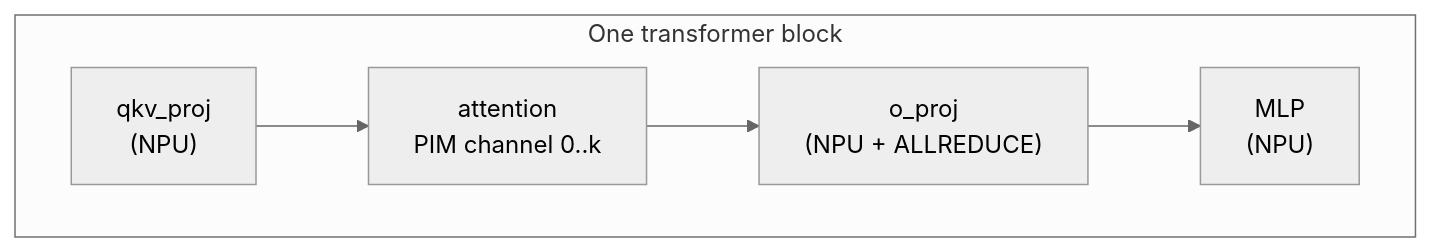
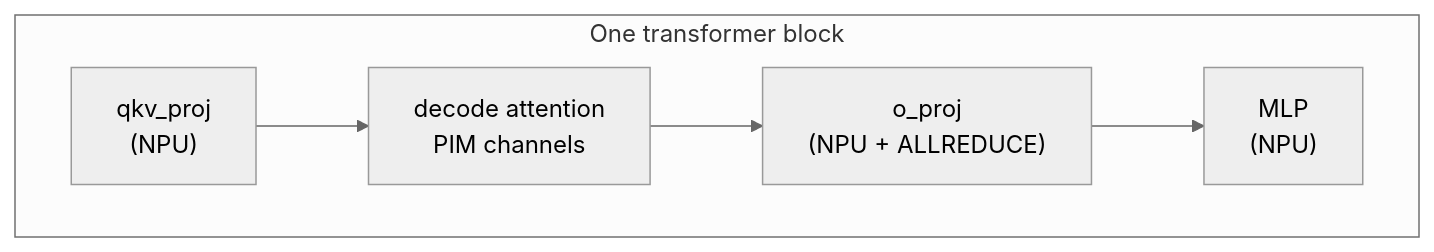
The diagram in docs/docs/simulator/specialized/pim-offload.md (casys-kaist/LLMServingSim), drawn with Mermaid (neutral theme) before and after one commit. The commit also changed other lines of this file and 44 other files, not shown here.

````diff
--- a/docs/docs/simulator/specialized/pim-offload.md
+++ b/docs/docs/simulator/specialized/pim-offload.md
@@ -42,13 +43,13 @@
 ```mermaid
 flowchart LR
     subgraph BLOCK["One transformer block"]
         direction LR
         QKV["qkv_proj<br/>(NPU)"]
-        ATTN["attention<br/>PIM channel 0..k"]
+        ATTN["decode attention<br/>PIM channels"]
         OPROJ["o_proj<br/>(NPU + ALLREDUCE)"]
         MLP["MLP<br/>(NPU)"]
         QKV --> ATTN
         ATTN --> OPROJ
         OPROJ --> MLP
     end
 ```
````
